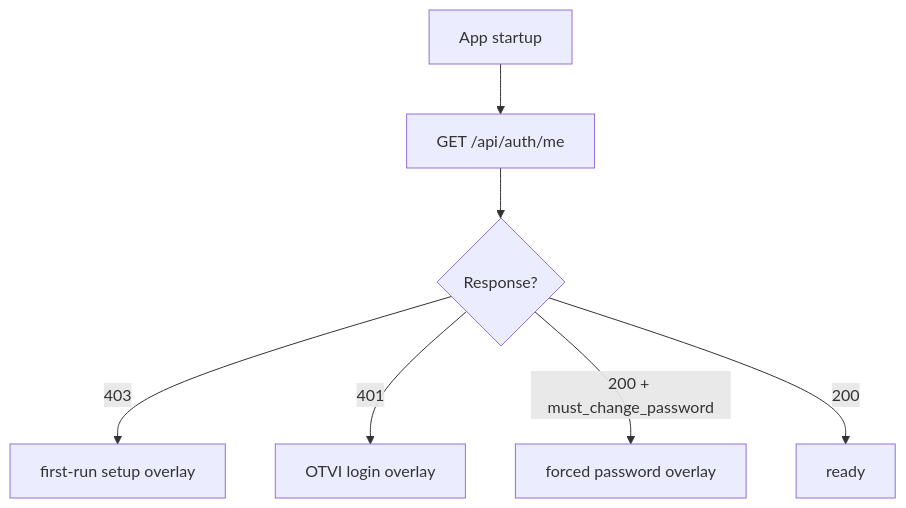
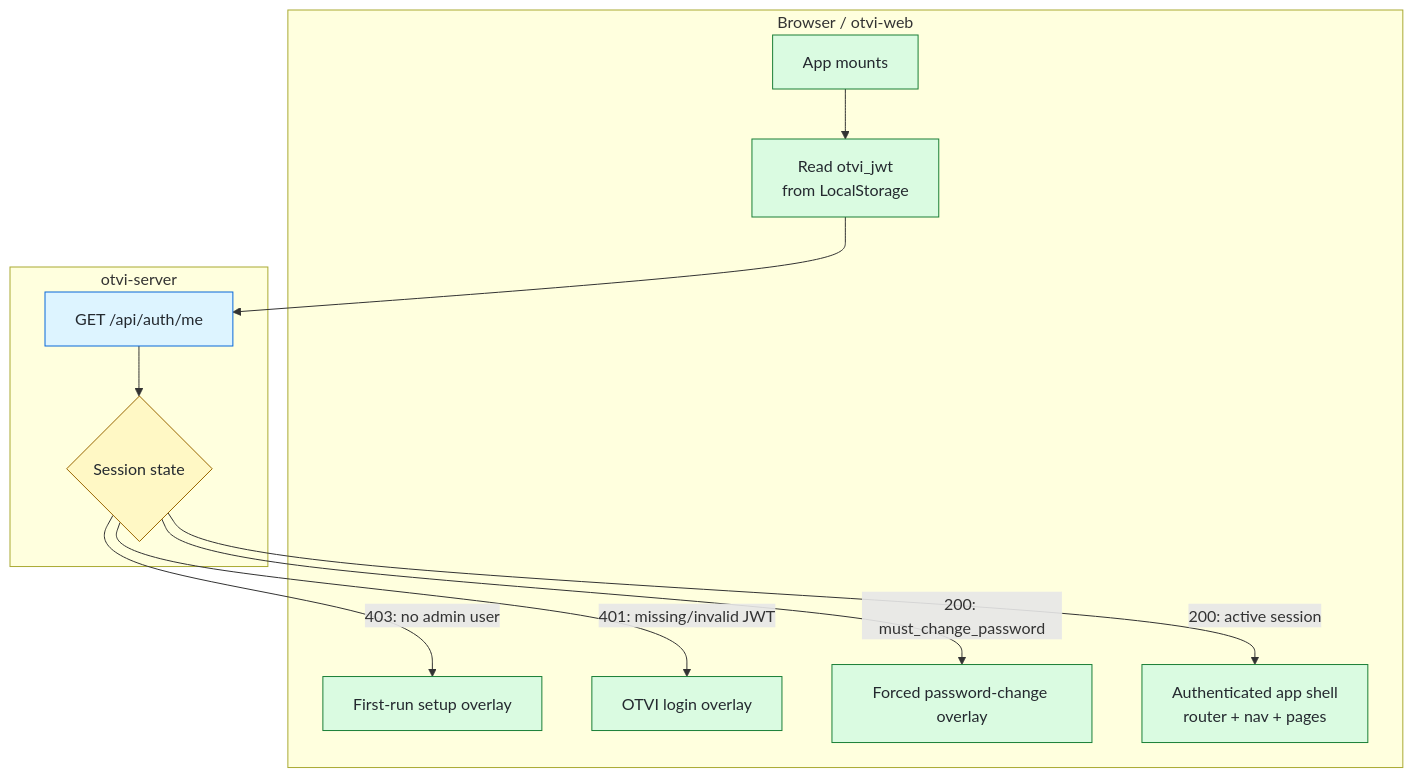
Before and after one commit to rabilrbl/otvi: the first of 2 diagrams in docs/docs/frontend.md, drawn with Mermaid. The commit also changed other lines of this file and 3 other files, not shown here.

Commit message:
docs: modernize Mermaid architecture diagrams

````diff
--- a/docs/docs/frontend.md
+++ b/docs/docs/frontend.md
@@ -45,9 +45,31 @@
 ```mermaid
 flowchart TD
-    A[App startup] --> B[GET /api/auth/me]
-    B --> C{Response?}
-    C -- "403" --> D[first-run setup overlay]
-    C -- "401" --> E[OTVI login overlay]
-    C -- "200 + must_change_password" --> F[forced password overlay]
-    C -- "200" --> G[ready]
+    subgraph browser["Browser / otvi-web"]
+        start["App mounts"]
+        token["Read otvi_jwt\nfrom LocalStorage"]
+        setup["First-run setup overlay"]
+        login["OTVI login overlay"]
+        password["Forced password-change overlay"]
+        shell["Authenticated app shell\nrouter + nav + pages"]
+    end
+
+    subgraph server["otvi-server"]
+        auth["GET /api/auth/me"]
+        state{"Session state"}
+    end
+
+    start --> token
+    token --> auth
+    auth --> state
+    state -- "403: no admin user" --> setup
+    state -- "401: missing/invalid JWT" --> login
+    state -- "200: must_change_password" --> password
+    state -- "200: active session" --> shell
+
+    classDef client fill:#dafbe1,stroke:#1a7f37,color:#24292f
+    classDef serverNode fill:#ddf4ff,stroke:#0969da,color:#24292f
+    classDef decision fill:#fff8c5,stroke:#9a6700,color:#24292f
+    class start,token,setup,login,password,shell client
+    class auth serverNode
+    class state decision
 ```
````
